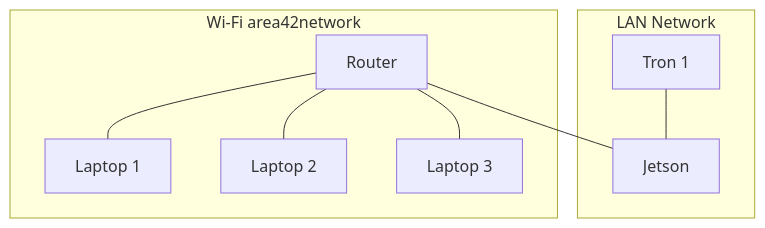
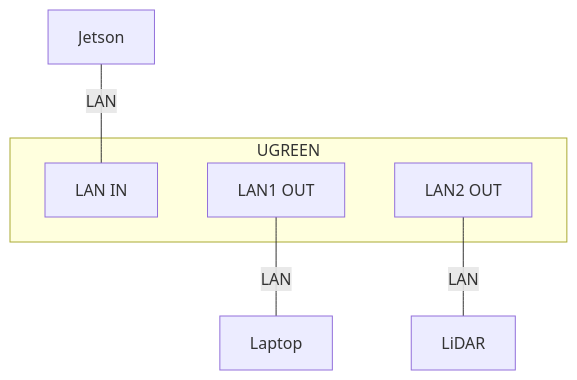
One commit to enfff/tron1-gazebo-ros2 changed the diagram in README.md. Above: the diagram before and after it, drawn with Mermaid. The commit also changed 4 other files, not shown here.

Commit message:
Updated graph

````diff
--- a/README.md
+++ b/README.md
@@ -5,17 +5,13 @@
 ``` mermaid
 graph TD
 
-    subgraph "LAN Network"
-        Tron1["Tron 1"]
-        Jetson["Jetson"]
-        Tron1 --- Jetson
+    subgraph UGREEN["UGREEN"]
+        LAN_IN["LAN IN"]
+        LAN1_OUT["LAN1 OUT"]
+        LAN2_OUT["LAN2 OUT"]
     end
 
-    subgraph "Wi-Fi area42network"
-        Router["Router"]
-        Router --- Jetson
-        Router --- Laptop1["Laptop 1"]
-        Router --- Laptop2["Laptop 2"]
-        Router --- Laptop3["Laptop 3"]
-    end
+    Jetson ---|LAN| LAN_IN
+    LAN1_OUT ---|LAN| Laptop["Laptop"]
+    LAN2_OUT ---|LAN| LIDAR["LiDAR"]
 ```
````
